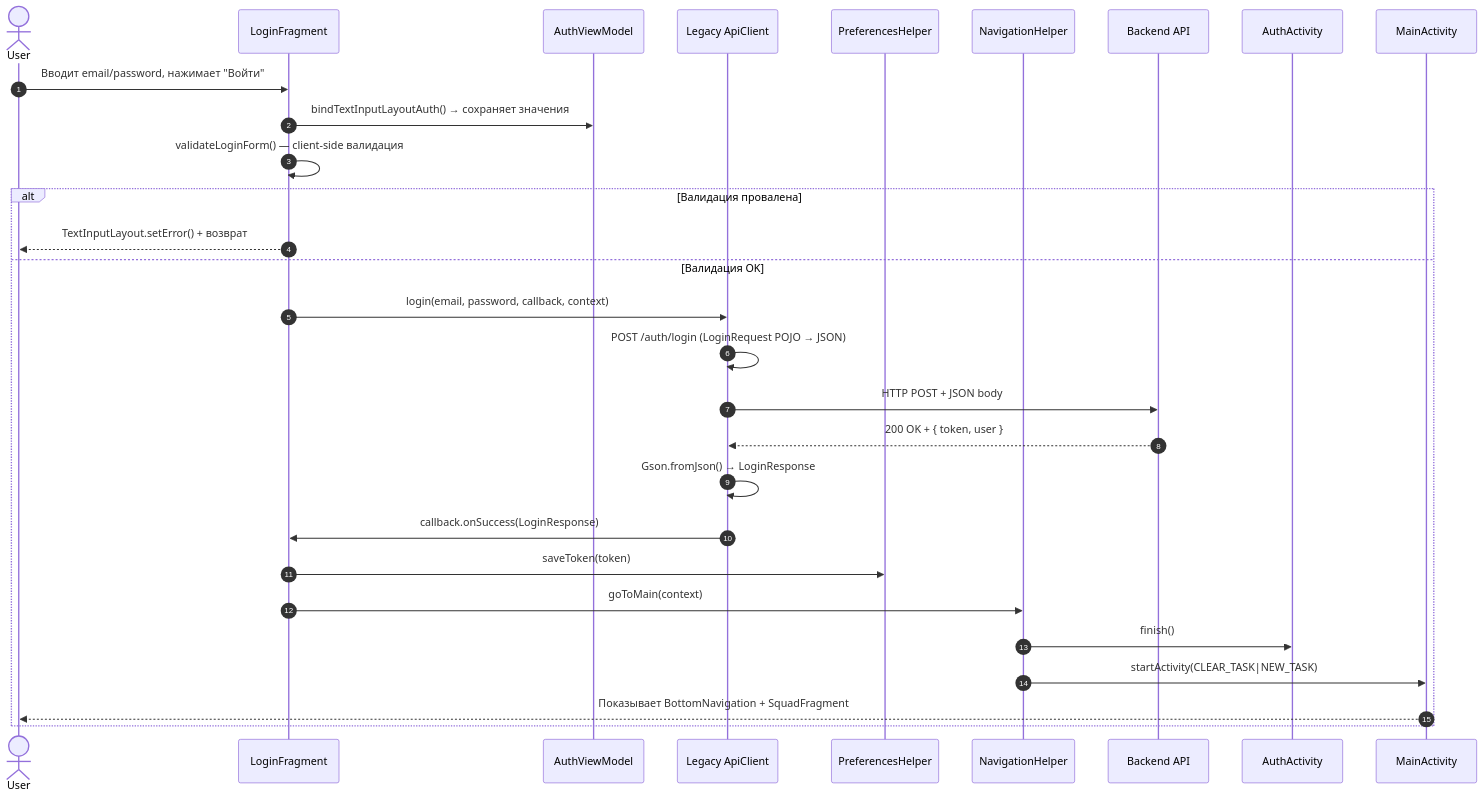
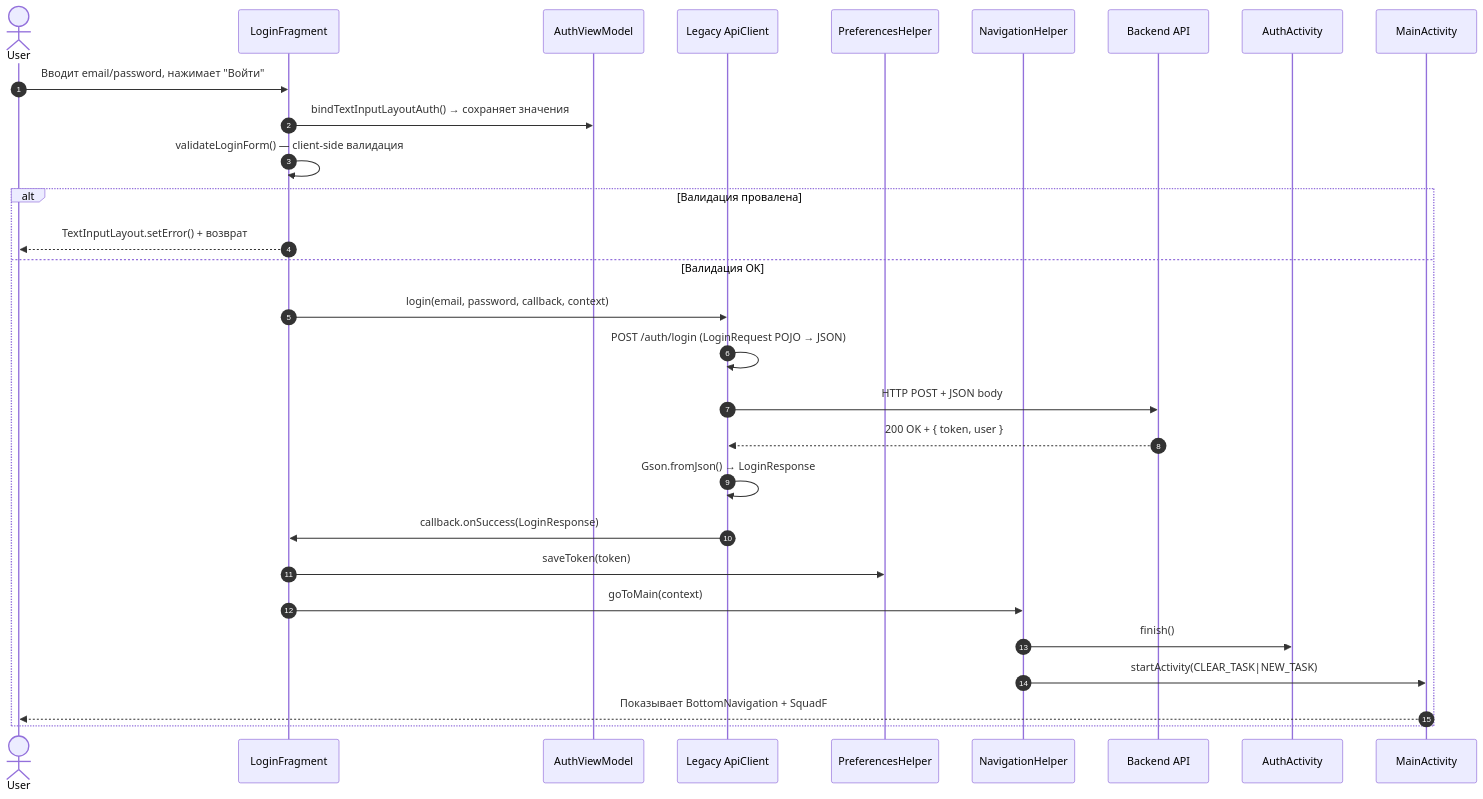
One commit to Macsik121/campus_ui changed the third of 9 diagrams in ARCHITECTURE.md. Above: the diagram before and after it, drawn with Mermaid. The commit also changed other lines of this file and 4 other files, not shown here.

````diff
--- a/ARCHITECTURE.md
+++ b/ARCHITECTURE.md
@@ -134,30 +127,30 @@
 ```mermaid
 sequenceDiagram
     autonumber
     actor User
     participant LoginF as LoginFragment
     participant VM as AuthViewModel
     participant Api as Legacy ApiClient
     participant Prefs as PreferencesHelper
     participant Nav as NavigationHelper
     participant Server as Backend API
 
     User->>LoginF: Вводит email/password, нажимает "Войти"
     LoginF->>VM: bindTextInputLayoutAuth() → сохраняет значения
     LoginF->>LoginF: validateLoginForm() — client-side валидация
     alt Валидация провалена
         LoginF-->>User: TextInputLayout.setError() + возврат
     else Валидация OK
         LoginF->>Api: login(email, password, callback, context)
         Api->>Api: POST /auth/login (LoginRequest POJO → JSON)
         Api->>Server: HTTP POST + JSON body
         Server-->>Api: 200 OK + { token, user }
         Api->>Api: Gson.fromJson() → LoginResponse
         Api->>LoginF: callback.onSuccess(LoginResponse)
         LoginF->>Prefs: saveToken(token)
         LoginF->>Nav: goToMain(context)
         Nav->>AuthActivity: finish()
         Nav->>MainActivity: startActivity(CLEAR_TASK|NEW_TASK)
-        MainActivity-->>User: Показывает BottomNavigation + SquadFragment
+        MainActivity-->>User: Показывает BottomNavigation + SquadF
     end
 ```
````
